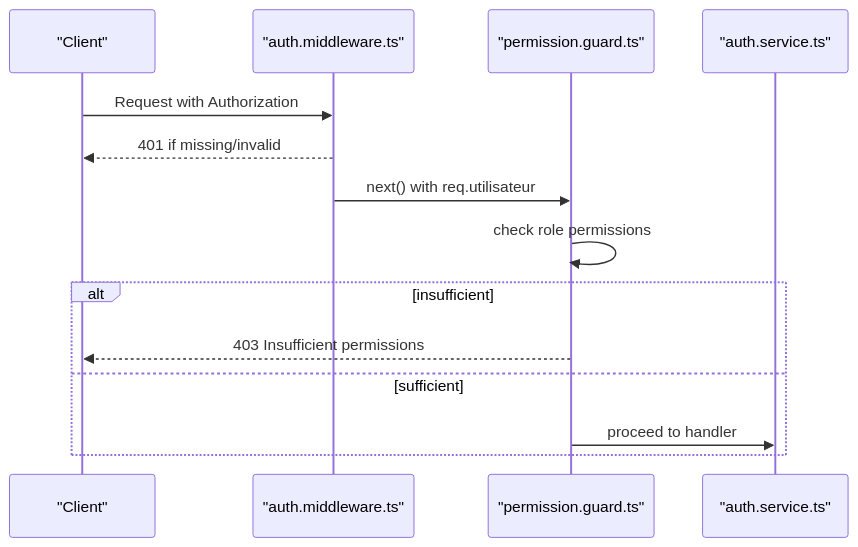
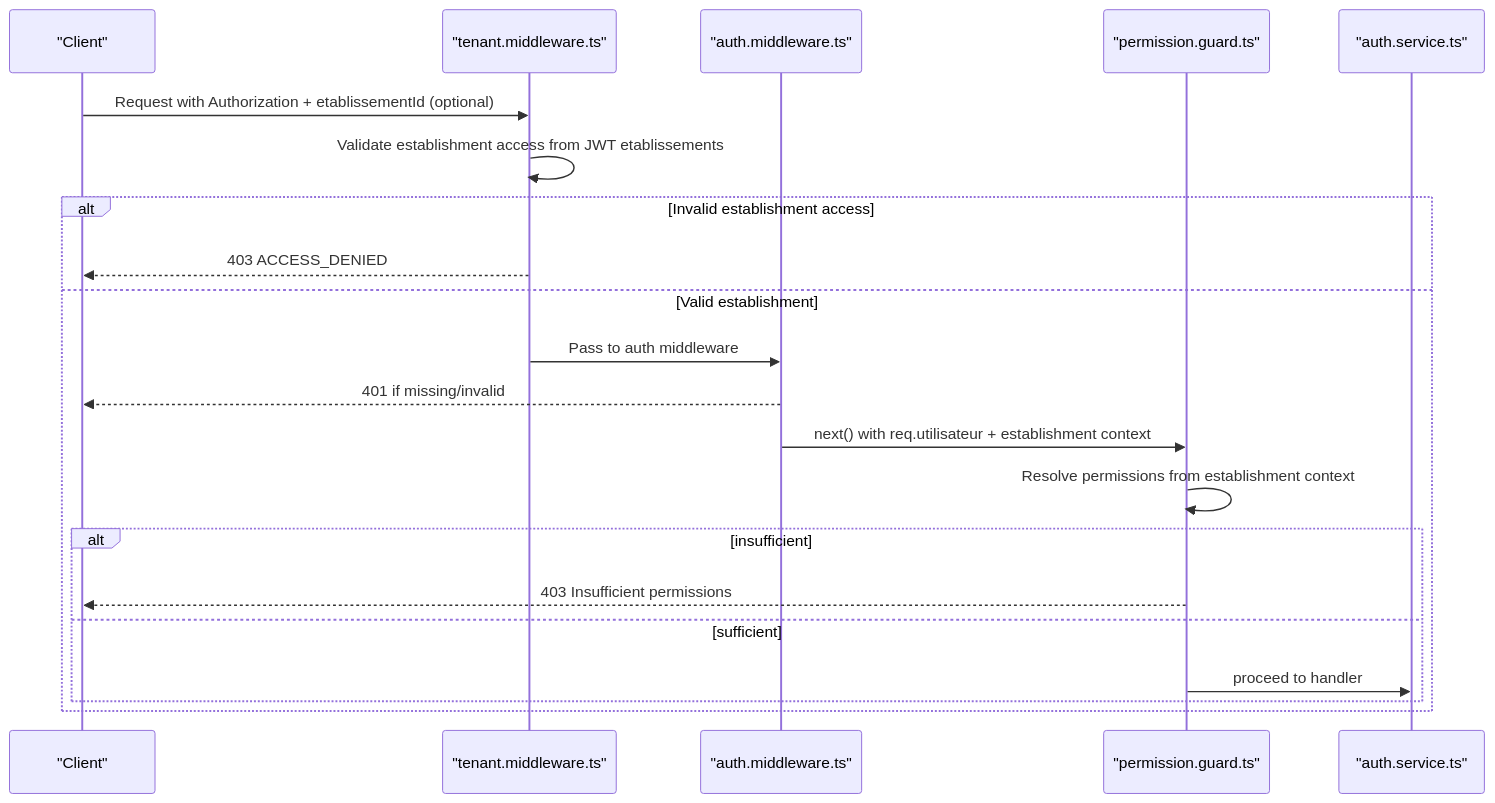
The eighth of 9 diagrams in .qoder/repowiki/en/content/Authentication & Authorization/Authentication Flow.md (franckylab/eLISAschool), drawn with Mermaid before and after one commit. The commit also changed other lines of this file and 75 other files, not shown here.

````diff
--- a/.qoder/repowiki/en/content/Authentication & Authorization/Authentication Flow.md
+++ b/.qoder/repowiki/en/content/Authentication & Authorization/Authentication Flow.md
@@ -449,16 +476,23 @@
 ```mermaid
 sequenceDiagram
 participant Client as "Client"
-participant MW as "auth.middleware.ts"
+participant TMW as "tenant.middleware.ts"
+participant AMW as "auth.middleware.ts"
 participant Guard as "permission.guard.ts"
 participant Svc as "auth.service.ts"
-Client->>MW : Request with Authorization
-MW-->>Client : 401 if missing/invalid
-MW->>Guard : next() with req.utilisateur
-Guard->>Guard : check role permissions
+Client->>TMW : Request with Authorization + etablissementId (optional)
+TMW->>TMW : Validate establishment access from JWT etablissements
+alt Invalid establishment access
+TMW-->>Client : 403 ACCESS_DENIED
+else Valid establishment
+TMW->>AMW : Pass to auth middleware
+AMW-->>Client : 401 if missing/invalid
+AMW->>Guard : next() with req.utilisateur + establishment context
+Guard->>Guard : Resolve permissions from establishment context
 alt insufficient
 Guard-->>Client : 403 Insufficient permissions
 else sufficient
 Guard->>Svc : proceed to handler
 end
+end
 ```
````
